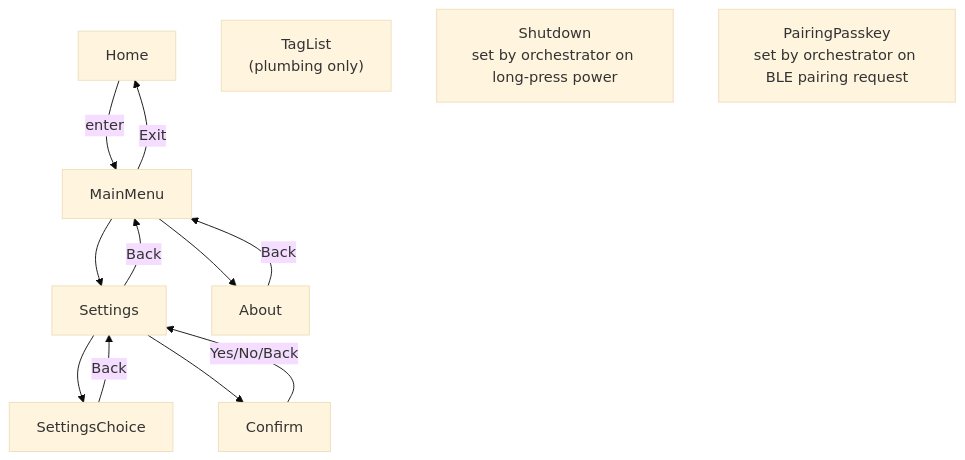
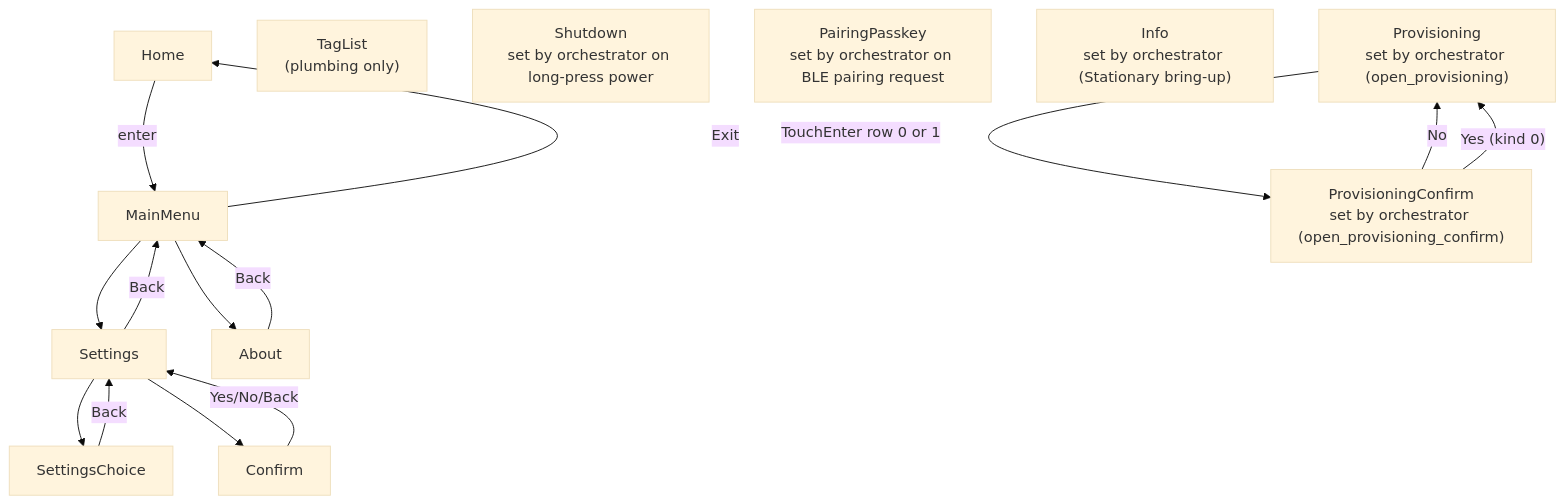
Before and after one commit to mattMRBH/firmware-core: the diagram in products/go/docs/ui_manager.md, drawn with Mermaid (base theme). The commit also changed other lines of this file and 10 other files, not shown here.

First line of the commit message:
docs(go): document Stationary networking + provisioning UX

````diff
--- a/products/go/docs/ui_manager.md
+++ b/products/go/docs/ui_manager.md
@@ -88,24 +100,31 @@
 ```mermaid
 flowchart TD
     Home["Home"]
     MainMenu["MainMenu"]
     Settings["Settings"]
     SettingsChoice["SettingsChoice"]
     Confirm["Confirm"]
     About["About"]
     TagList["TagList<br/>(plumbing only)"]
 
     Home -- enter --> MainMenu
     MainMenu -- Exit --> Home
     MainMenu --> Settings
     MainMenu --> About
     Settings --> SettingsChoice
     Settings --> Confirm
     Settings -- Back --> MainMenu
     SettingsChoice -- Back --> Settings
     Confirm -- Yes/No/Back --> Settings
     About -- Back --> MainMenu
 
     Shutdown["Shutdown<br/>set by orchestrator on long-press power"]
     PairingPasskey["PairingPasskey<br/>set by orchestrator on BLE pairing request"]
+    Info["Info<br/>set by orchestrator (Stationary bring-up)"]
+    Provisioning["Provisioning<br/>set by orchestrator (open_provisioning)"]
+    ProvisioningConfirm["ProvisioningConfirm<br/>set by orchestrator (open_provisioning_confirm)"]
+
+    Provisioning -- TouchEnter row 0 or 1 --> ProvisioningConfirm
+    ProvisioningConfirm -- No --> Provisioning
+    ProvisioningConfirm -- Yes (kind 0) --> Provisioning
 ```
````
